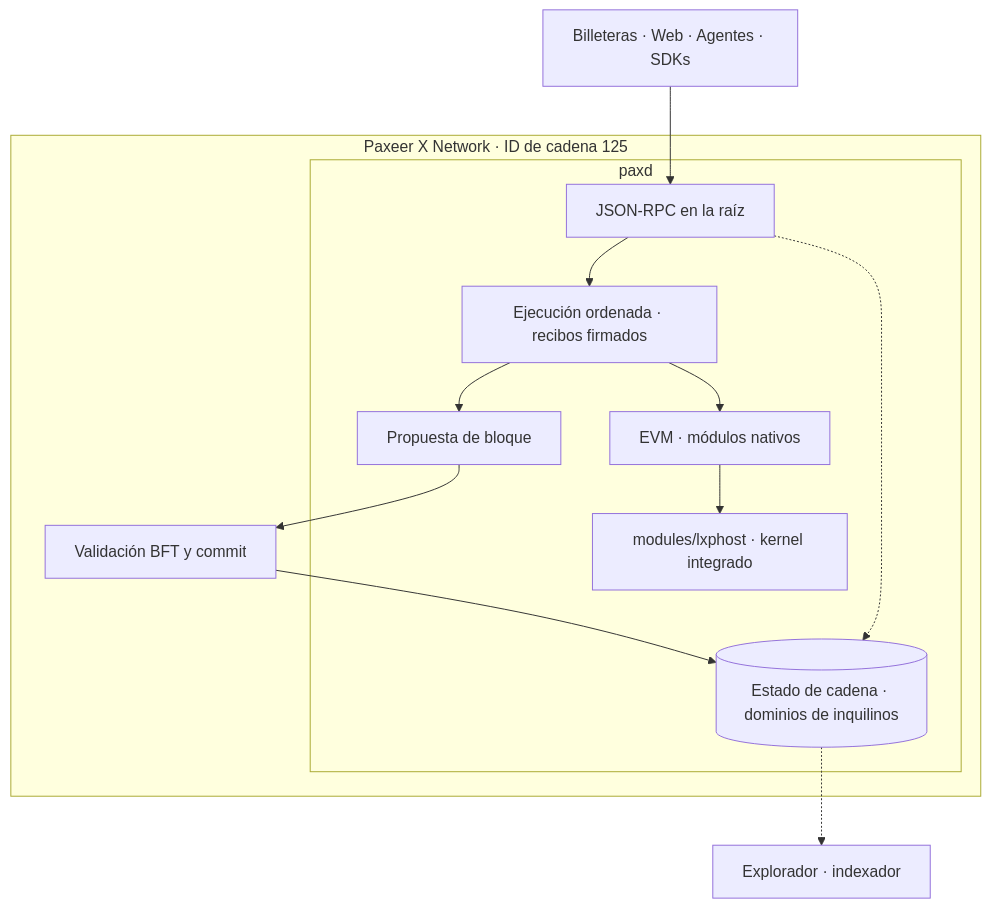
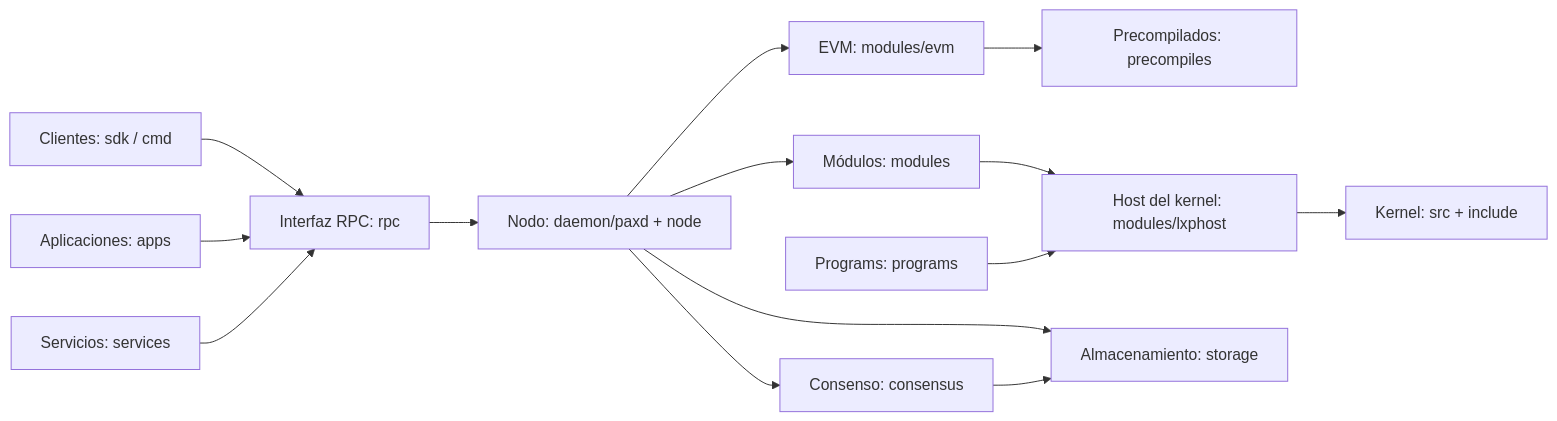
Before and after one commit to Sidiora-Labs/paxeer-monorepo: the diagram in docs/readme/README.es.md, drawn with Mermaid. The commit also changed other lines of this file and 6 other files, not shown here.

````diff
--- a/docs/readme/README.es.md
+++ b/docs/readme/README.es.md
@@ -153,25 +46,16 @@
 ```mermaid
-flowchart TB
-  clients["Billeteras · Web · Agentes · SDKs"]
-  subgraph network ["Paxeer X Network · ID de cadena 125"]
-    subgraph node ["paxd"]
-      rpc["JSON-RPC en la raíz"]
-      execution["Ejecución ordenada · recibos firmados"]
-      evm["EVM · módulos nativos"]
-      host["modules/lxphost · kernel integrado"]
-      proposal["Propuesta de bloque"]
-      state[("Estado de cadena · dominios de inquilinos")]
-    end
-    consensus["Validación BFT y commit"]
-  end
-  explorer["Explorador · indexador"]
-  clients --> rpc
-  rpc --> execution
-  execution --> evm
-  evm --> host
-  execution --> proposal
-  proposal --> consensus
-  consensus --> state
-  rpc -.-> state
-  state -.-> explorer
+flowchart LR
+    Clients["Clientes: sdk / cmd"] --> RPC["Interfaz RPC: rpc"]
+    Apps["Aplicaciones: apps"] --> RPC
+    Services["Servicios: services"] --> RPC
+    RPC --> Node["Nodo: daemon/paxd + node"]
+    Node --> Consensus["Consenso: consensus"]
+    Node --> Modules["Módulos: modules"]
+    Node --> EVM["EVM: modules/evm"]
+    EVM --> Precompiles["Precompilados: precompiles"]
+    Modules --> KernelHost["Host del kernel: modules/lxphost"]
+    KernelHost --> Kernel["Kernel: src + include"]
+    Programs["Programs: programs"] --> KernelHost
+    Node --> Storage["Almacenamiento: storage"]
+    Consensus --> Storage
 ```
````
